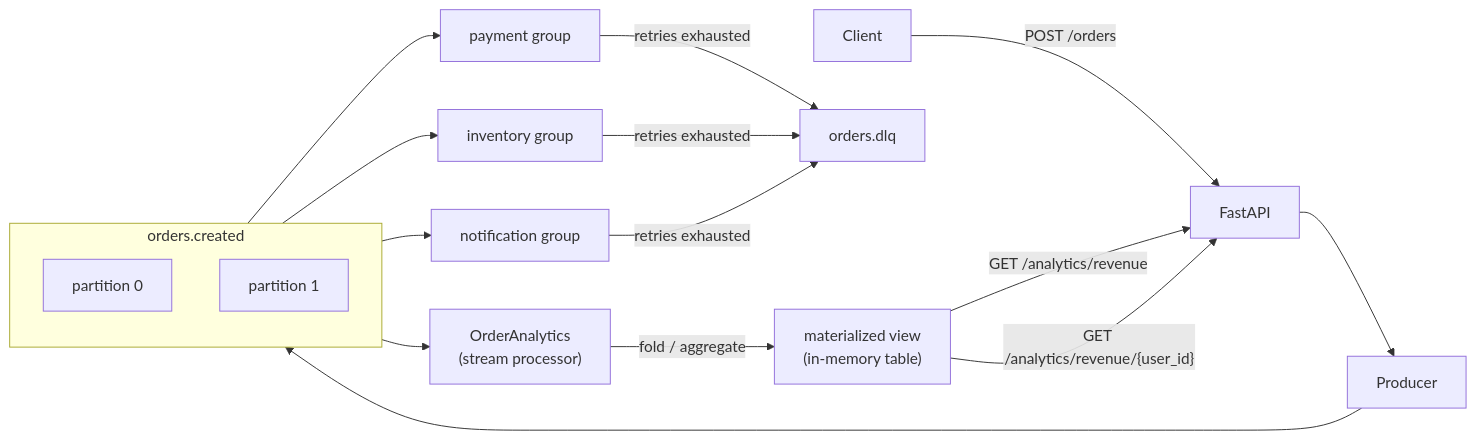
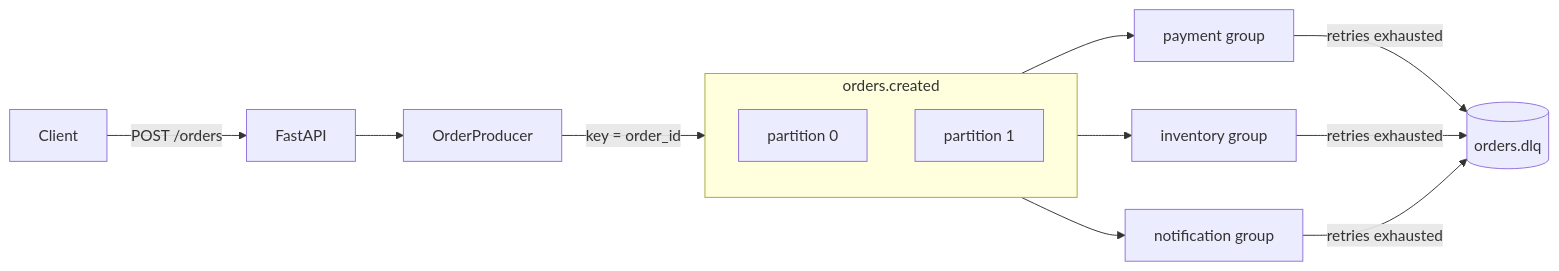
The first of 3 diagrams in README.md (sany2k8/kafka-zero-to-hero), drawn with Mermaid before and after one commit. The commit also changed other lines of this file and 6 other files, not shown here.

Commit message:
Refactor API structure to support modular Kafka patterns. Introduced separate routers for event-driven, stream processing, and event sourcing features, allowing independent operation. Updated README to reflect new architecture and added diagrams for clarity.

````diff
--- a/README.md
+++ b/README.md
@@ -10,25 +17,20 @@
 ```mermaid
 flowchart LR
   Client -->|"POST /orders"| API[FastAPI]
-  API --> Producer
-  Producer --> Topic
+  API --> Prod[OrderProducer]
+  Prod -->|"key = order_id"| T
 
-  subgraph Topic["orders.created"]
+  subgraph T["orders.created"]
     direction TB
     p0[partition 0]
     p1[partition 1]
   end
 
-  Topic --> Pay[payment group]
-  Topic --> Inv[inventory group]
-  Topic --> Notif[notification group]
-  Topic --> Stream["OrderAnalytics\n(stream processor)"]
+  T --> Pay[payment group]
+  T --> Inv[inventory group]
+  T --> Notif[notification group]
 
-  Pay -->|"retries exhausted"| DLQ[orders.dlq]
+  Pay -->|"retries exhausted"| DLQ[(orders.dlq)]
   Inv -->|"retries exhausted"| DLQ
   Notif -->|"retries exhausted"| DLQ
-
-  Stream -->|"fold / aggregate"| View["materialized view\n(in-memory table)"]
-  View -->|"GET /analytics/revenue"| API
-  View -->|"GET /analytics/revenue/{user_id}"| API
 ```
````
